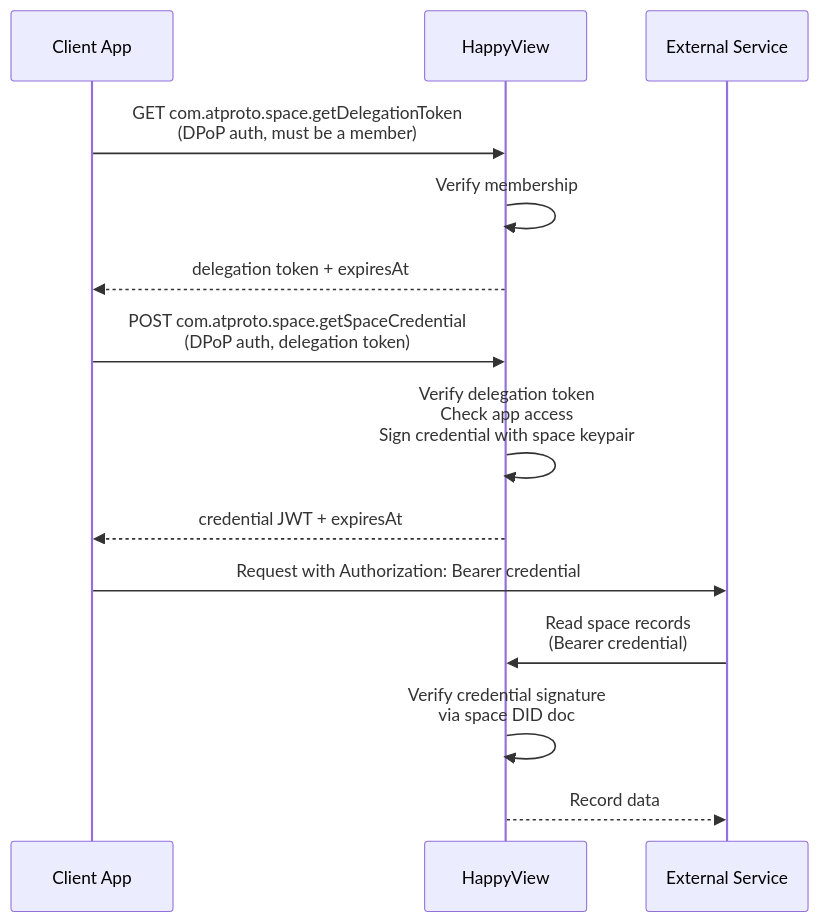
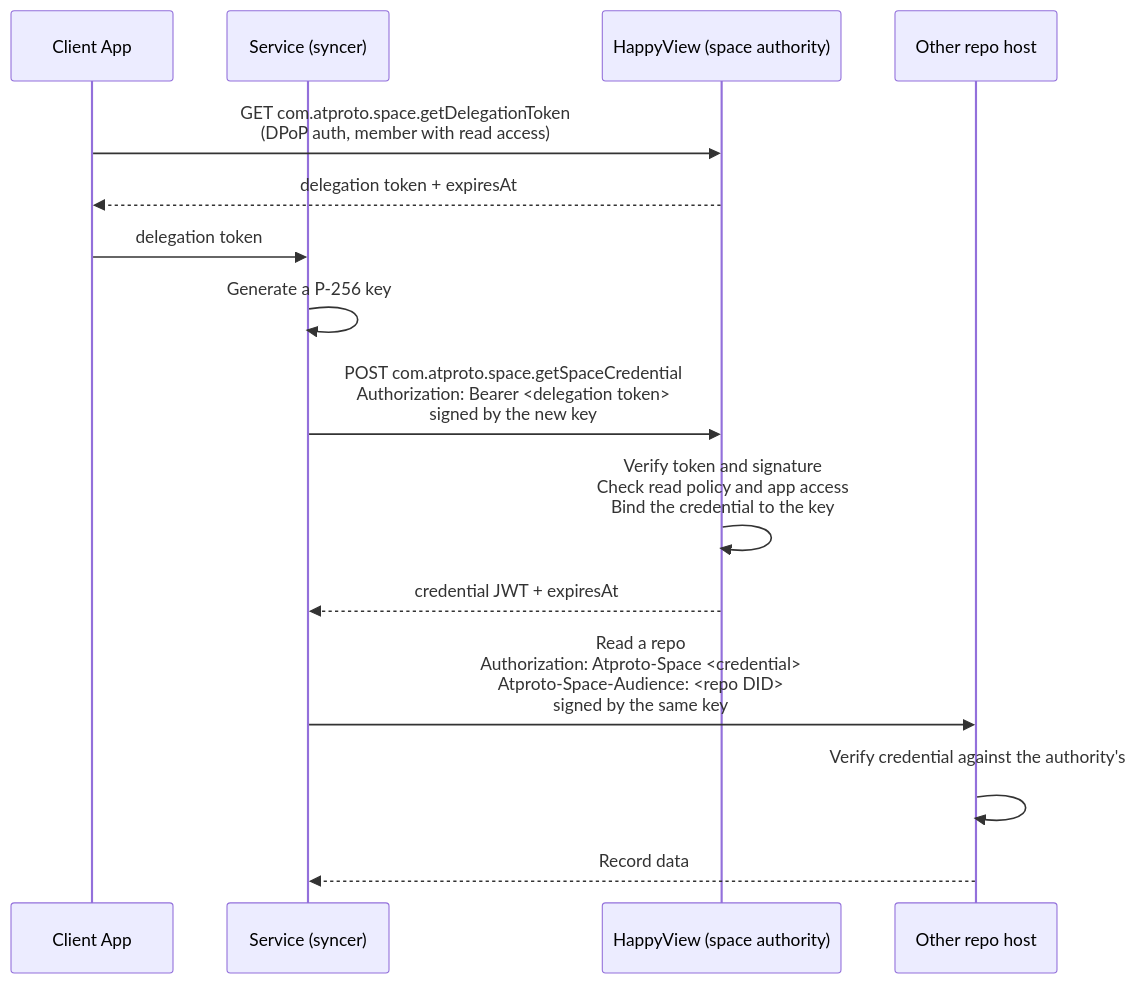
Before and after one commit to happyproto/happyview-docs: the diagram in content/docs/experimental/spaces/credentials.md, drawn with Mermaid. The commit also changed other lines of this file and 12 other files, not shown here.

Commit message:
docs: update spaces docs for signed credentials, space authority, and sync

````diff
--- a/content/docs/experimental/spaces/credentials.md
+++ b/content/docs/experimental/spaces/credentials.md
@@ -15,19 +17,20 @@
 ```mermaid
 sequenceDiagram
     participant App as Client App
-    participant HV as HappyView
-    participant Svc as External Service
+    participant Svc as Service (syncer)
+    participant HV as HappyView (space authority)
+    participant Host as Other repo host
 
-    App->>HV: GET com.atproto.space.getDelegationToken<br/>(DPoP auth, must be a member)
-    HV->>HV: Verify membership
+    App->>HV: GET com.atproto.space.getDelegationToken<br/>(DPoP auth, member with read access)
     HV-->>App: delegation token + expiresAt
+    App->>Svc: delegation token
 
-    App->>HV: POST com.atproto.space.getSpaceCredential<br/>(DPoP auth, delegation token)
-    HV->>HV: Verify delegation token<br/>Check app access<br/>Sign credential with space keypair
-    HV-->>App: credential JWT + expiresAt
+    Svc->>Svc: Generate a P-256 key
+    Svc->>HV: POST com.atproto.space.getSpaceCredential<br/>Authorization: Bearer <delegation token><br/>signed by the new key
+    HV->>HV: Verify token and signature<br/>Check read policy and app access<br/>Bind the credential to the key
+    HV-->>Svc: credential JWT + expiresAt
 
-    App->>Svc: Request with Authorization: Bearer credential
-    Svc->>HV: Read space records<br/>(Bearer credential)
-    HV->>HV: Verify credential signature<br/>via space DID doc
-    HV-->>Svc: Record data
+    Svc->>Host: Read a repo<br/>Authorization: Atproto-Space <credential><br/>Atproto-Space-Audience: <repo DID><br/>signed by the same key
+    Host->>Host: Verify credential against the authority's<br/>#atproto_space key, then the signature
+    Host-->>Svc: Record data
 ```
````
